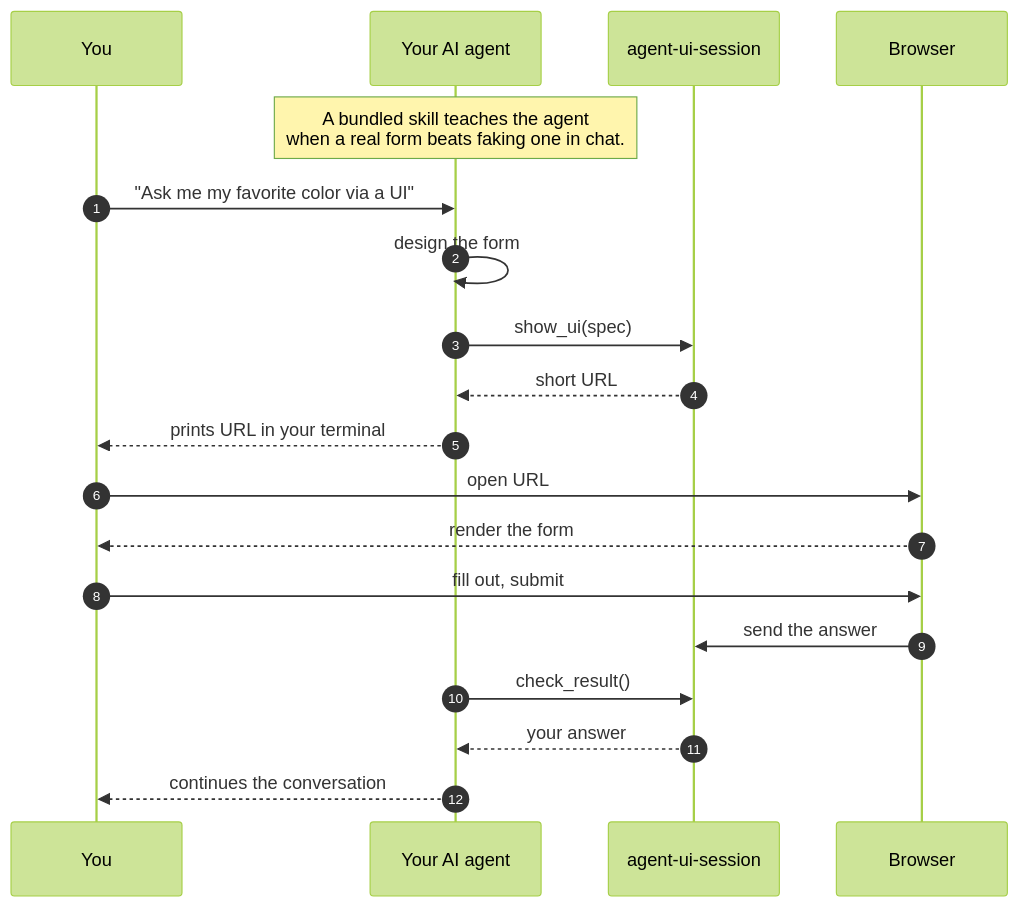
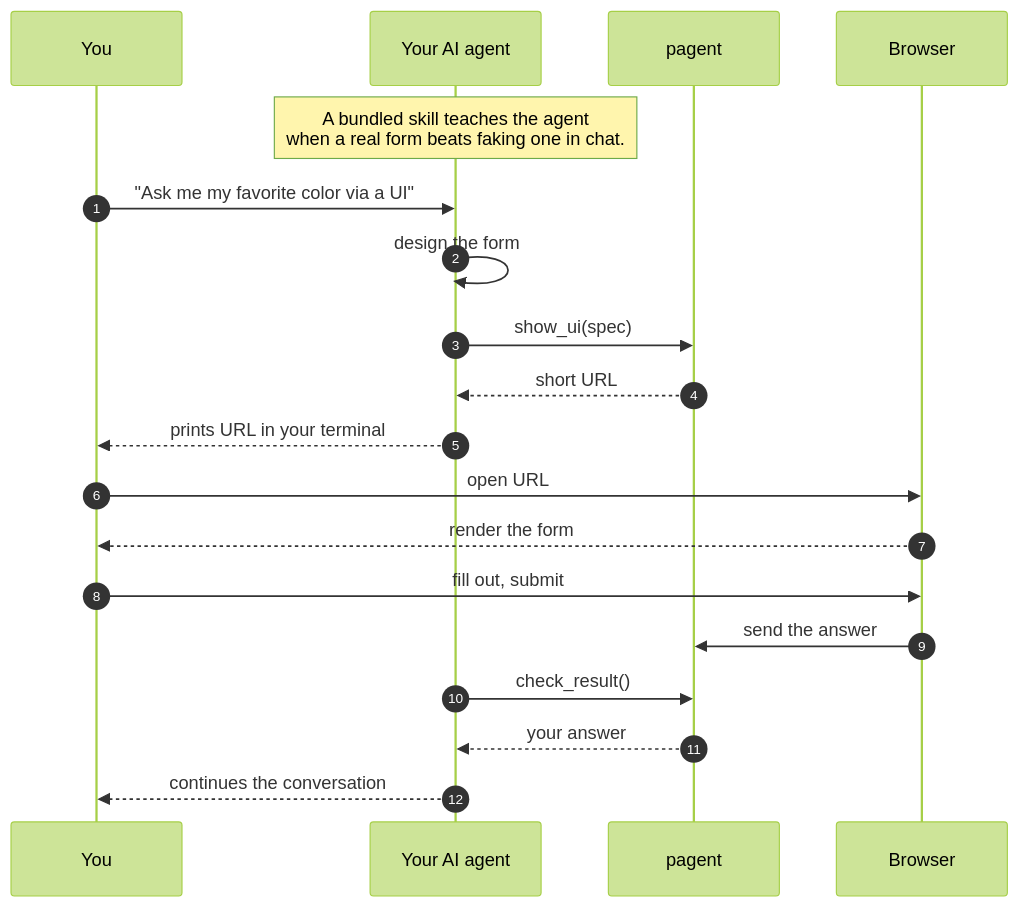
Before and after one commit to blockful/pagent: the diagram in README.md, drawn with Mermaid (forest theme). The commit also changed other lines of this file and 15 other files, not shown here.

First line of the commit message:
chore: rebrand agent-ui-session → pagent

````diff
--- a/README.md
+++ b/README.md
@@ -14,22 +14,22 @@
 ```mermaid
 sequenceDiagram
     autonumber
     participant U as You
     participant A as Your AI agent
-    participant S as agent-ui-session
+    participant S as pagent
     participant B as Browser
 
     Note over A: A bundled skill teaches the agent <br/>when a real form beats faking one in chat.
     U->>A: "Ask me my favorite color via a UI"
     A->>A: design the form
     A->>S: show_ui(spec)
     S-->>A: short URL
     A-->>U: prints URL in your terminal
     U->>B: open URL
     B-->>U: render the form
     U->>B: fill out, submit
     B->>S: send the answer
     A->>S: check_result()
     S-->>A: your answer
     A-->>U: continues the conversation
 ```
````
